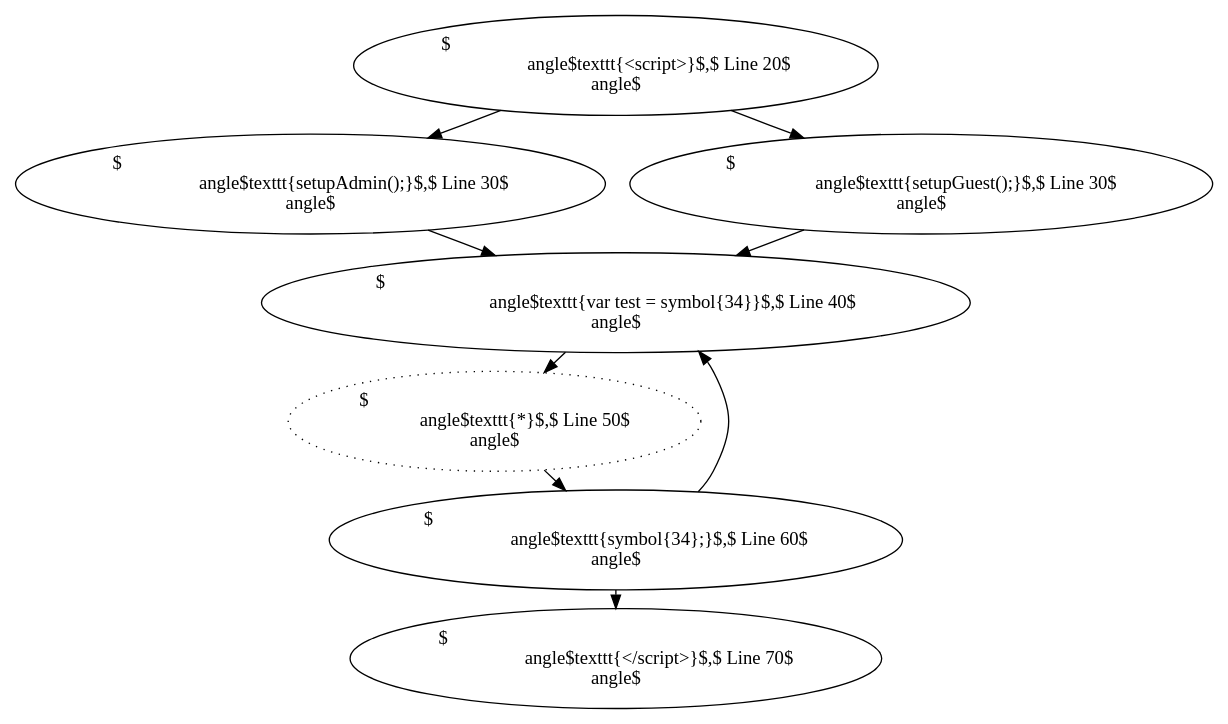
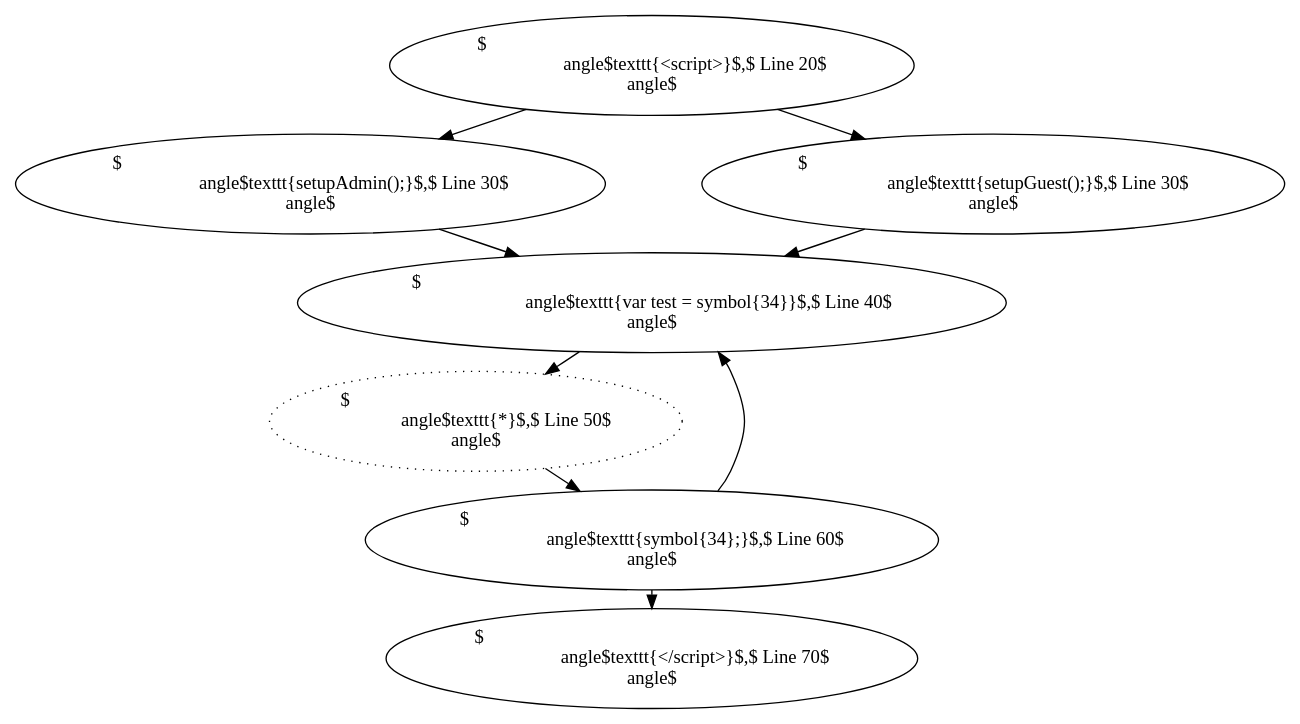
Before and after one commit to adamdoupe/dissertation: the diagram in dedacota/dedacota/figures/complex_graph.dot, drawn with Graphviz. The commit also changed 140 other files, not shown here.

```diff
--- a/dedacota/dedacota/figures/complex_graph.dot
+++ b/dedacota/dedacota/figures/complex_graph.dot
@@ -1,25 +1,27 @@
 digraph G{
 	rankdir=TB;
 	ranksep=".2";
+	nodesep="1";
+	
 		
 	1 [label="$\langle$\texttt{<script>}$,$ Line 20$\rangle$"];
 	2 [label="$\langle$\texttt{setupAdmin();}$,$ Line 30$\rangle$"];
 	3 [label="$\langle$\texttt{setupGuest();}$,$ Line 30$\rangle$"];
 
 	4 [label="$\langle$\texttt{var test = \symbol{34}}$,$ Line 40$\rangle$", style="line width=3pt"];
 	5 [label="$\langle$\texttt{*}$,$ Line 50$\rangle$", style="line width=3pt, dotted"];
 	6 [label="$\langle$\texttt{\symbol{34};}$,$ Line 60$\rangle$", style="line width=3pt"];
 	
 	7 [label="$\langle$\texttt{</script>}$,$ Line 70$\rangle$"];
 
 	1 -> 2;
 	1 -> 3;
 
 	2 -> 4;
 	3 -> 4;
 
 	4 -> 5;
 	5 -> 6;
 	6 -> 4;
 	6 -> 7;
 }
```
